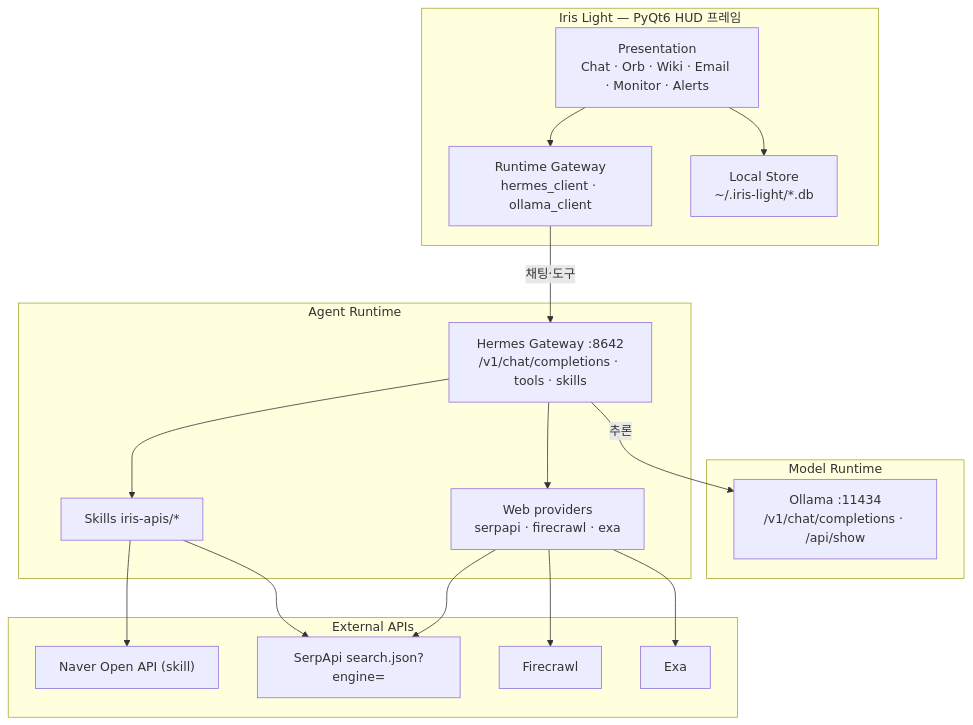
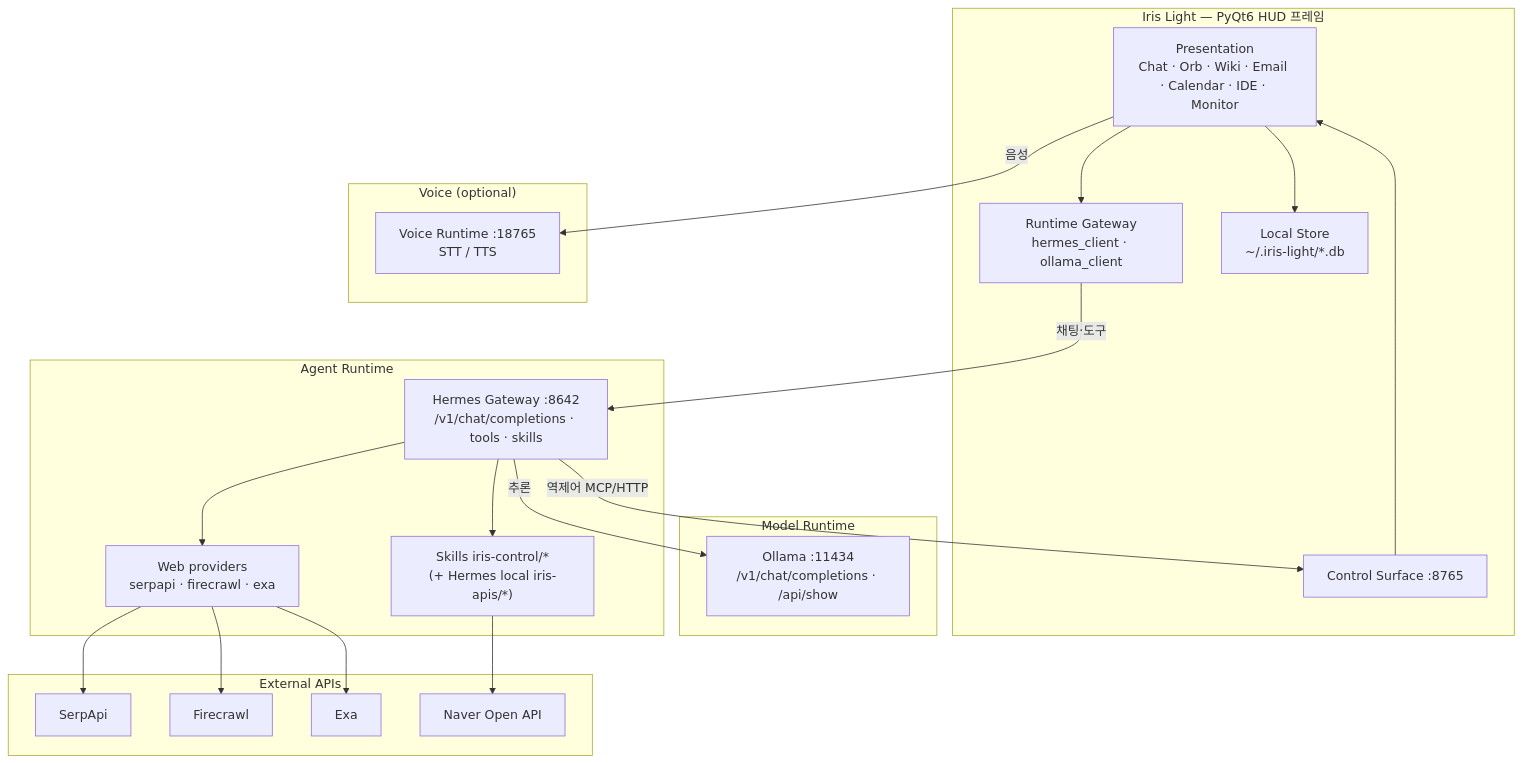
Before and after one commit to kwakminoo/Project-IRIS-Light: the diagram in docs/ia/IA.md, drawn with Mermaid. The commit also changed other lines of this file and 108 other files, not shown here.

````diff
--- a/docs/ia/IA.md
+++ b/docs/ia/IA.md
@@ -32,37 +34,44 @@
 ```mermaid
 flowchart TB
   subgraph IRIS["Iris Light — PyQt6 HUD 프레임"]
-    UI["Presentation<br/>Chat · Orb · Wiki · Email · Monitor · Alerts"]
+    UI["Presentation<br/>Chat · Orb · Wiki · Email · Calendar · IDE · Monitor"]
     GW["Runtime Gateway<br/>hermes_client · ollama_client"]
+    CS["Control Surface :8765"]
     DB["Local Store<br/>~/.iris-light/*.db"]
     UI --> GW
     UI --> DB
+    CS --> UI
   end
 
   subgraph MODEL["Model Runtime"]
     OLL["Ollama :11434<br/>/v1/chat/completions · /api/show"]
   end
 
   subgraph AGENT["Agent Runtime"]
     HER["Hermes Gateway :8642<br/>/v1/chat/completions · tools · skills"]
-    SK["Skills iris-apis/*"]
+    SK["Skills iris-control/*<br/>(+ Hermes local iris-apis/*)"]
     WP["Web providers<br/>serpapi · firecrawl · exa"]
     HER --> SK
     HER --> WP
   end
 
+  subgraph VOICE["Voice (optional)"]
+    VR["Voice Runtime :18765<br/>STT / TTS"]
+  end
+
   subgraph EXT["External APIs"]
-    SERP["SerpApi search.json?engine="]
+    SERP["SerpApi"]
     FC["Firecrawl"]
     EXA["Exa"]
-    NV["Naver Open API (skill)"]
+    NV["Naver Open API"]
   end
 
   GW -->|"채팅·도구"| HER
   HER -->|"추론"| OLL
+  HER -->|"역제어 MCP/HTTP"| CS
+  UI -->|"음성"| VR
   WP --> SERP
   WP --> FC
   WP --> EXA
   SK --> NV
-  SK --> SERP
 ```
````
